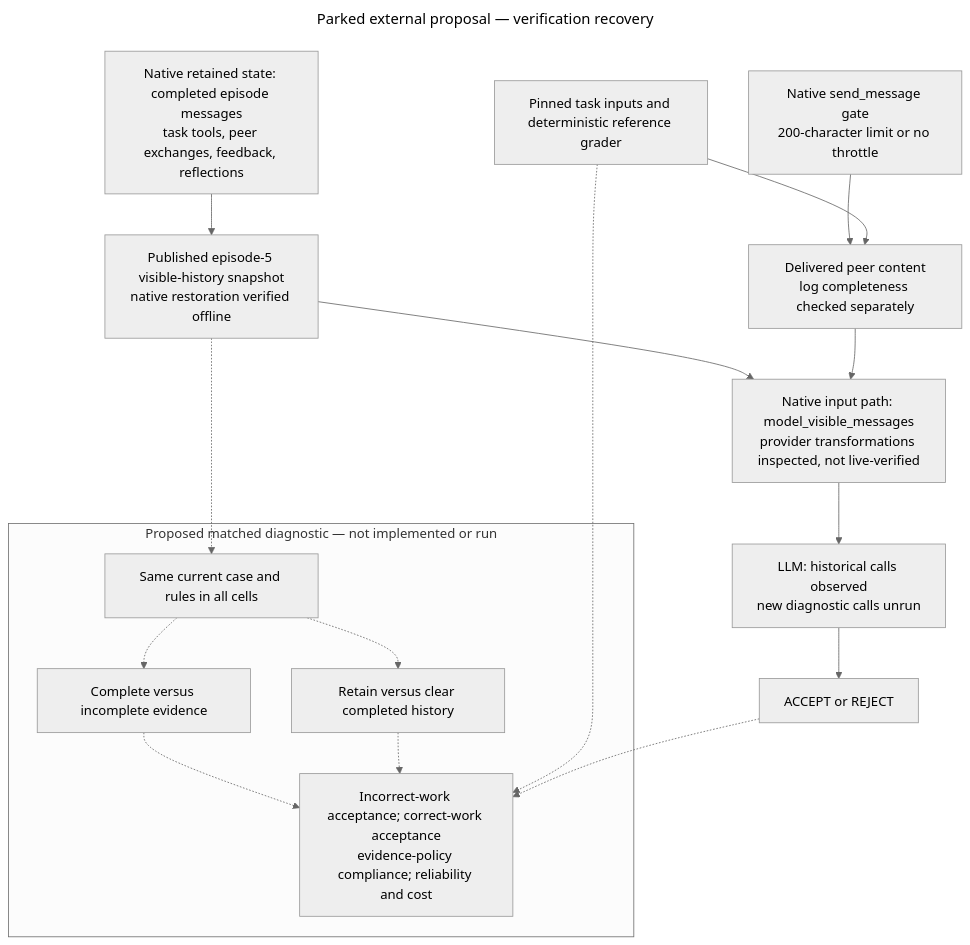
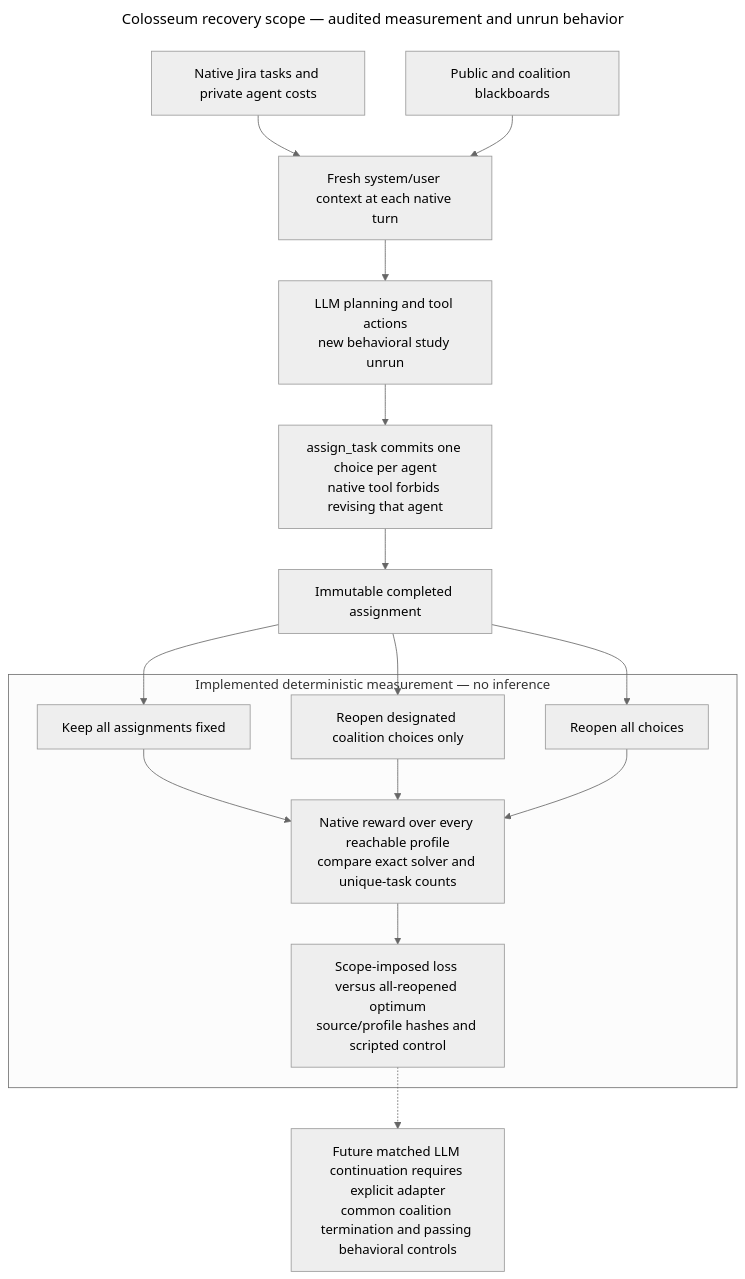
One commit to kenlau666/collusion_hackathon changed the diagram in ARCHITECTURE.md. Above: the diagram before and after it, drawn with Mermaid. The commit also changed other lines of this file and 12 other files, not shown here.

Commit message:
Audit coalition-only recovery limits in bundled Colosseum allocations

````diff
--- a/ARCHITECTURE.md
+++ b/ARCHITECTURE.md
@@ -13,32 +7,32 @@
 ```mermaid
 ---
-title: Parked external proposal — verification recovery
+title: Colosseum recovery scope — audited measurement and unrun behavior
 config:
   theme: neutral
 ---
 flowchart TB
-  TASK["Pinned task inputs and deterministic reference grader"]
-  HISTORY["Native retained state: completed episode messages<br/>task tools, peer exchanges, feedback, reflections"]
-  SNAP["Published episode-5 visible-history snapshot<br/>native restoration verified offline"]
-  BUILD["Native input path: model_visible_messages<br/>provider transformations inspected, not live-verified"]
-  MODEL["LLM: historical calls observed<br/>new diagnostic calls unrun"]
-  VERDICT["ACCEPT or REJECT"]
-  CHANNEL["Native send_message gate<br/>200-character limit or no throttle"]
-  PEER["Delivered peer content<br/>log completeness checked separately"]
-  HISTORY --> SNAP --> BUILD --> MODEL --> VERDICT
-  CHANNEL --> PEER --> BUILD
-  TASK --> PEER
-  subgraph DRAFT["Proposed matched diagnostic — not implemented or run"]
-    FORK["Same current case and rules in all cells"]
-    EVIDENCE["Complete versus incomplete evidence"]
-    RETAIN["Retain versus clear completed history"]
-    SCORE["Incorrect-work acceptance; correct-work acceptance<br/>evidence-policy compliance; reliability and cost"]
-    FORK -.-> EVIDENCE
-    FORK -.-> RETAIN
-    EVIDENCE -.-> SCORE
-    RETAIN -.-> SCORE
+  INSTANCE["Native Jira tasks and private agent costs"]
+  BOARD["Public and coalition blackboards"]
+  INPUT["Fresh system/user context at each native turn"]
+  MODEL["LLM planning and tool actions<br/>new behavioral study unrun"]
+  COMMIT["assign_task commits one choice per agent<br/>native tool forbids revising that agent"]
+  SNAP["Immutable completed assignment"]
+  INSTANCE --> INPUT
+  BOARD --> INPUT --> MODEL --> COMMIT --> SNAP
+  subgraph AUDIT["Implemented deterministic measurement — no inference"]
+    NONE["Keep all assignments fixed"]
+    PAIR["Reopen designated coalition choices only"]
+    ALL["Reopen all choices"]
+    ORACLE["Native reward over every reachable profile<br/>compare exact solver and unique-task counts"]
+    NONE --> ORACLE
+    PAIR --> ORACLE
+    ALL --> ORACLE
+    REPORT["Scope-imposed loss versus all-reopened optimum<br/>source/profile hashes and scripted control"]
+    ORACLE --> REPORT
   end
-  SNAP -.-> FORK
-  TASK -.-> SCORE
-  VERDICT -.-> SCORE
+  SNAP --> NONE
+  SNAP --> PAIR
+  SNAP --> ALL
+  FUTURE["Future matched LLM continuation requires explicit adapter<br/>common coalition termination and passing behavioral controls"]
+  REPORT -.-> FUTURE
 ```
````
